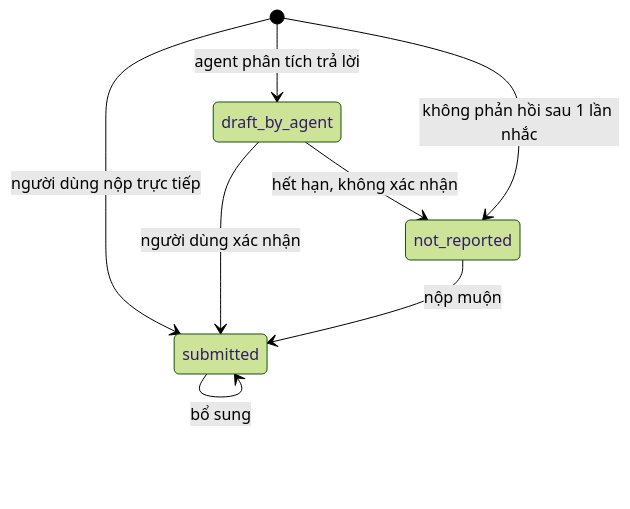
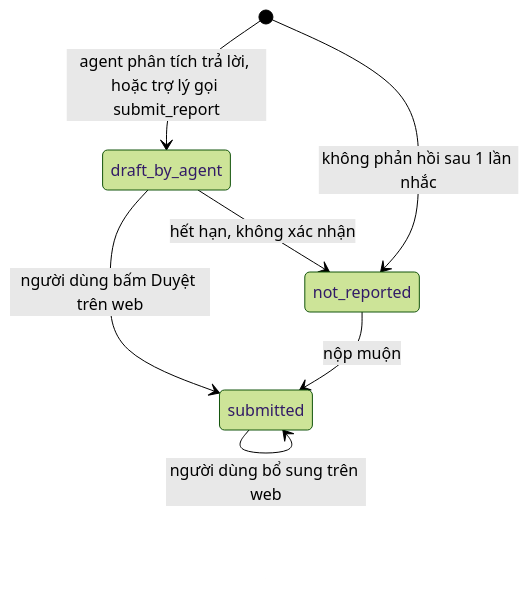
The fourth of 7 diagrams in docs/03-SDD.md (langtuananh2424/pdca-system), drawn with Mermaid (forest theme) before and after one commit. The commit also changed other lines of this file and 4 other files, not shown here.

````diff
--- a/docs/03-SDD.md
+++ b/docs/03-SDD.md
@@ -379,10 +385,9 @@
 ```mermaid
 stateDiagram-v2
-    [*] --> draft_by_agent: agent phân tích trả lời
-    [*] --> submitted: người dùng nộp trực tiếp
-    draft_by_agent --> submitted: người dùng xác nhận
+    [*] --> draft_by_agent: agent phân tích trả lời, hoặc trợ lý gọi submit_report
+    draft_by_agent --> submitted: người dùng bấm Duyệt trên web
     draft_by_agent --> not_reported: hết hạn, không xác nhận
     [*] --> not_reported: không phản hồi sau 1 lần nhắc
     not_reported --> submitted: nộp muộn
-    submitted --> submitted: bổ sung
+    submitted --> submitted: người dùng bổ sung trên web
 ```
````
